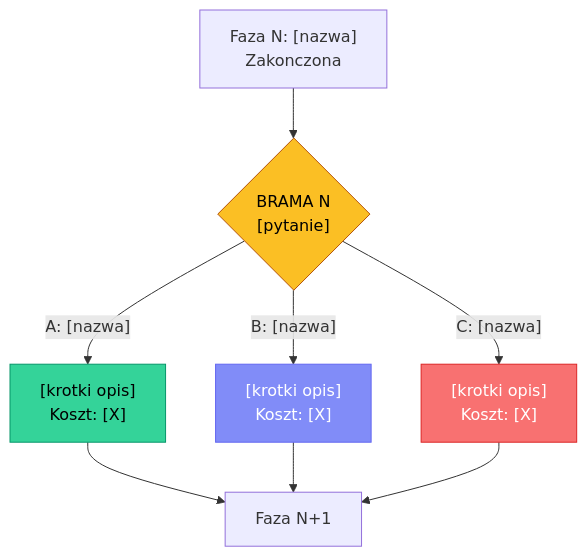
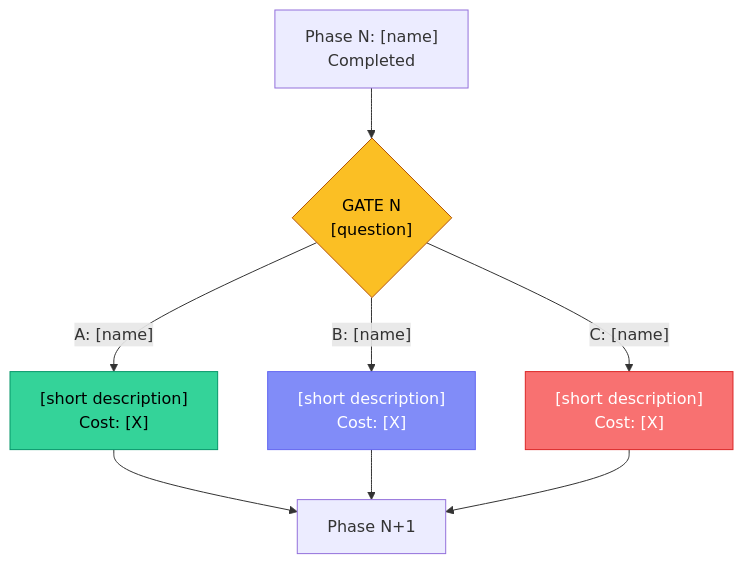
Before and after one commit to dbilewicz/Agent-Architecture: the diagram in .claude/skills/hitl-pipeline/GATE_TEMPLATE.md, drawn with Mermaid. The commit also changed other lines of this file and 38 other files, not shown here.

````diff
--- a/.claude/skills/hitl-pipeline/GATE_TEMPLATE.md
+++ b/.claude/skills/hitl-pipeline/GATE_TEMPLATE.md
@@ -102,15 +102,15 @@
 ```mermaid
 graph TD
-    PREV["Faza N: [nazwa]<br/>Zakonczona"] --> GATE{"BRAMA N<br/>[pytanie]"}
-    GATE -->|"A: [nazwa]"| A["[krotki opis]<br/>Koszt: [X]"]
-    GATE -->|"B: [nazwa]"| B["[krotki opis]<br/>Koszt: [X]"]
-    GATE -->|"C: [nazwa]"| C["[krotki opis]<br/>Koszt: [X]"]
-    A --> NEXT["Faza N+1"]
+    PREV["Phase N: [name]<br/>Completed"] --> GATE{"GATE N<br/>[question]"}
+    GATE -->|"A: [name]"| A["[short description]<br/>Cost: [X]"]
+    GATE -->|"B: [name]"| B["[short description]<br/>Cost: [X]"]
+    GATE -->|"C: [name]"| C["[short description]<br/>Cost: [X]"]
+    A --> NEXT["Phase N+1"]
     B --> NEXT
     C --> NEXT
 
     style GATE fill:#FBBF24,stroke:#B45309,color:#000
     style A fill:#34D399,stroke:#059669,color:#000
     style B fill:#818CF8,stroke:#6366F1,color:#fff
     style C fill:#F87171,stroke:#DC2626,color:#fff
 ```
````
